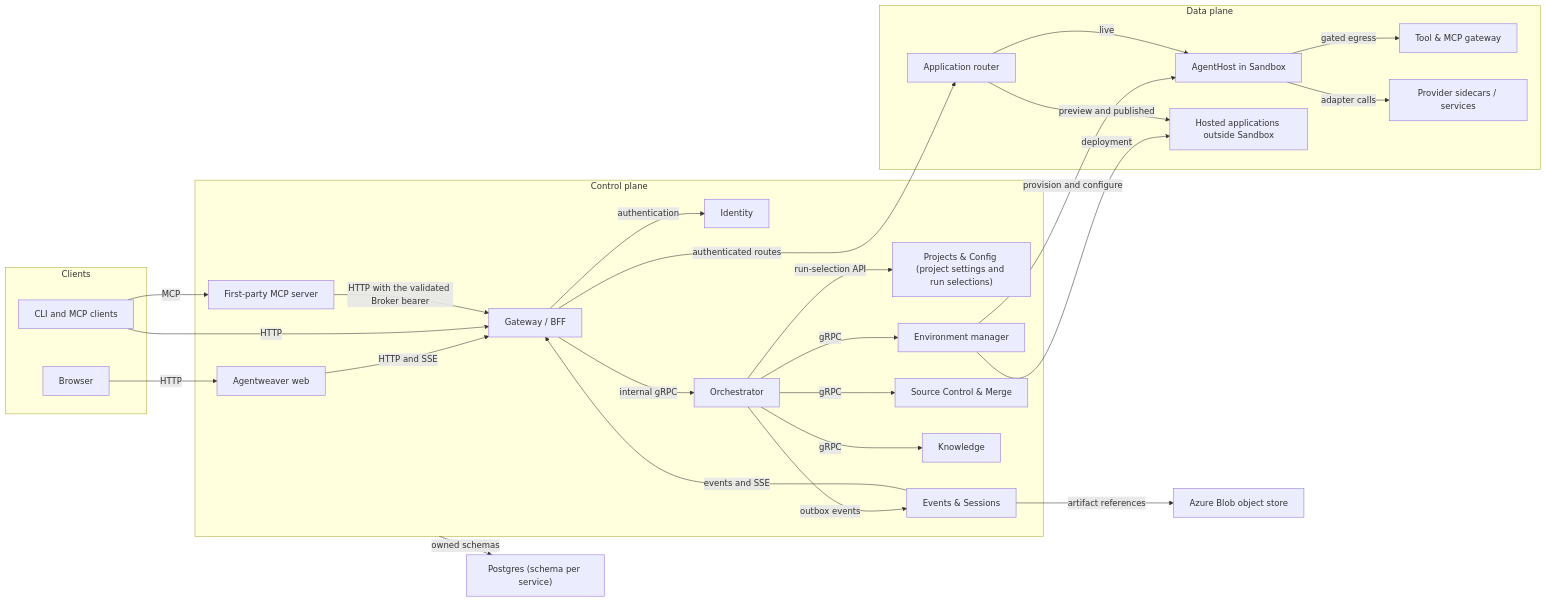
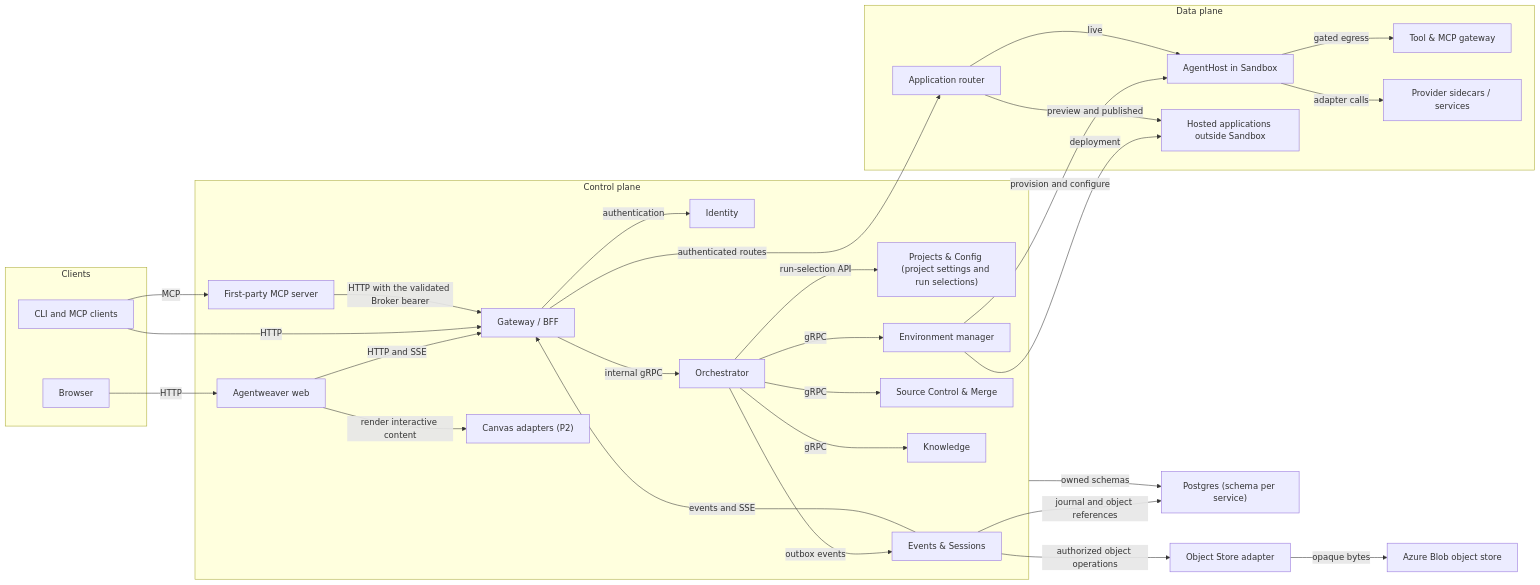
Before and after one commit to sabbour/agentweaver: the first of 2 diagrams in docs/architecture/design/services-and-release.md, drawn with Mermaid. The commit also changed other lines of this file and 10 other files, not shown here.

First line of the commit message:
docs(v1): clarify provider roadmap and session material ownership

````diff
--- a/docs/architecture/design/services-and-release.md
+++ b/docs/architecture/design/services-and-release.md
@@ -77,50 +77,55 @@
 ```mermaid
 flowchart LR
     subgraph Clients["Clients"]
         Browser["Browser"]
         Cli["CLI and MCP clients"]
     end
     subgraph Control["Control plane"]
         Web["Agentweaver web"]
         Bff["Gateway / BFF"]
         Identity["Identity"]
         Config["Projects & Config (project settings and run selections)"]
         Orch["Orchestrator"]
         Env["Environment manager"]
         Source["Source Control & Merge"]
         Knowledge["Knowledge"]
         Events["Events & Sessions"]
         Mcp["First-party MCP server"]
+        Canvas["Canvas adapters (P2)"]
     end
     subgraph Data["Data plane"]
         Host["AgentHost in Sandbox"]
         Tool["Tool & MCP gateway"]
         Router["Application router"]
         Apps["Hosted applications outside Sandbox"]
         Sidecars["Provider sidecars / services"]
     end
     Db["Postgres (schema per service)"]
+    Objects["Object Store adapter"]
     Blob["Azure Blob object store"]
     Browser -->|"HTTP"| Web
     Web -->|"HTTP and SSE"| Bff
+    Web -->|"render interactive content"| Canvas
     Cli -->|"HTTP"| Bff
     Cli -->|"MCP"| Mcp
     Mcp -->|"HTTP with the validated Broker bearer"| Bff
     Bff -->|"internal gRPC"| Orch
     Bff -->|"authentication"| Identity
     Orch -->|"run-selection API"| Config
     Orch -->|"gRPC"| Knowledge
     Orch -->|"gRPC"| Source
     Orch -->|"gRPC"| Env
     Orch -->|"outbox events"| Events
     Events -->|"events and SSE"| Bff
     Control -->|"owned schemas"| Db
-    Events -->|"artifact references"| Blob
+    Events -->|"journal and object references"| Db
+    Events -->|"authorized object operations"| Objects
+    Objects -->|"opaque bytes"| Blob
     Env -->|"provision and configure"| Host
     Env -->|"deployment"| Apps
     Host -->|"gated egress"| Tool
     Host -->|"adapter calls"| Sidecars
     Bff -->|"authenticated routes"| Router
     Router -->|"live"| Host
     Router -->|"preview and published"| Apps
 ```
````
